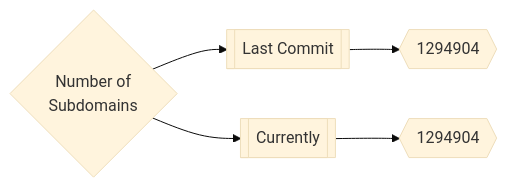
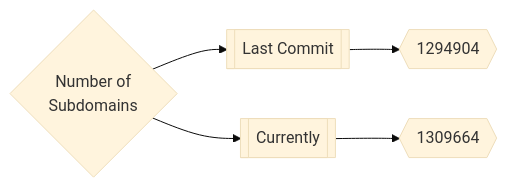
One commit to trickest/inventory changed the first of 3 diagrams in README.md. Above: the diagram before and after it, drawn with Mermaid (base theme). The commit also changed other lines of this file, not shown here.

Commit message:
Update Tue Apr  5 01:09:37 UTC 2022

````diff
--- a/README.md
+++ b/README.md
@@ -165,5 +165,5 @@
 ```mermaid
 graph LR
 title{Number of<br>Subdomains} --> subdomainsDate1[[Last Commit]] --> subdomainsNum1{{1294904}}
-title --> subdomainsDate2[[Currently]] --> subdomainsNum2{{1294904}}
+title --> subdomainsDate2[[Currently]] --> subdomainsNum2{{1309664}}
 ```
````
